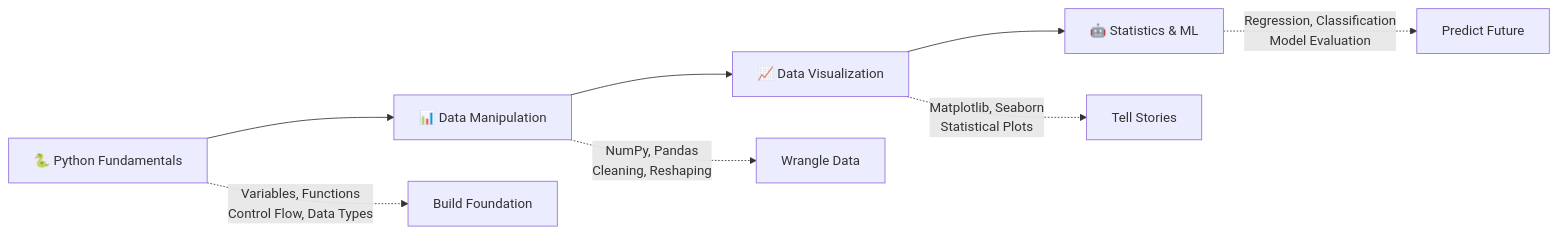
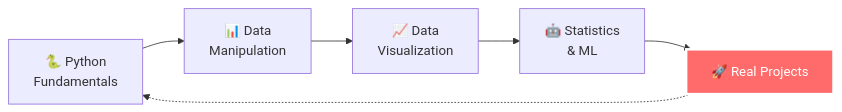
One commit to fahdshaikh/brainbytes-ds changed the first of 4 diagrams in README.md. Above: the diagram before and after it, drawn with Mermaid. The commit also changed other lines of this file, not shown here.

````diff
--- a/README.md
+++ b/README.md
@@ -98,11 +53,11 @@
 ```mermaid
 graph LR
-    A[🐍 Python Fundamentals] --> B[📊 Data Manipulation]
-    B --> C[📈 Data Visualization]
-    C --> D[🤖 Statistics & ML]
+    A[🐍 Python<br/>Fundamentals] --> B[📊 Data<br/>Manipulation]
+    B --> C[📈 Data<br/>Visualization]
+    C --> D[🤖 Statistics<br/>& ML]
+    D --> E[🚀 Real Projects]
+    E -.-> A
 
-    A -.-> |"Variables, Functions<br/>Control Flow, Data Types"| A1[Build Foundation]
-    B -.-> |"NumPy, Pandas<br/>Cleaning, Reshaping"| B1[Wrangle Data]
-    C -.-> |"Matplotlib, Seaborn<br/>Statistical Plots"| C1[Tell Stories]
-    D -.-> |"Regression, Classification<br/>Model Evaluation"| D1[Predict Future]
+    style E fill:#ff6b6b,stroke:#fff,stroke-width:3px,color:#fff
+
 ```
````
